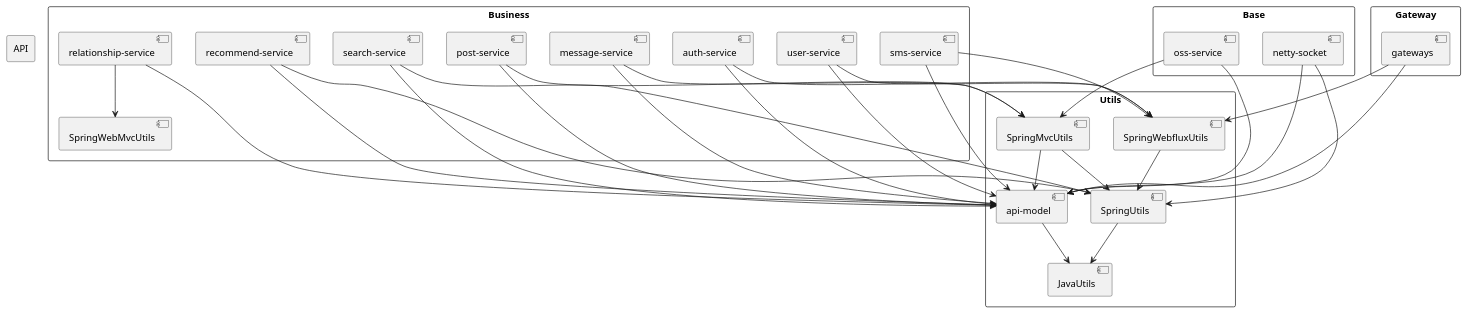
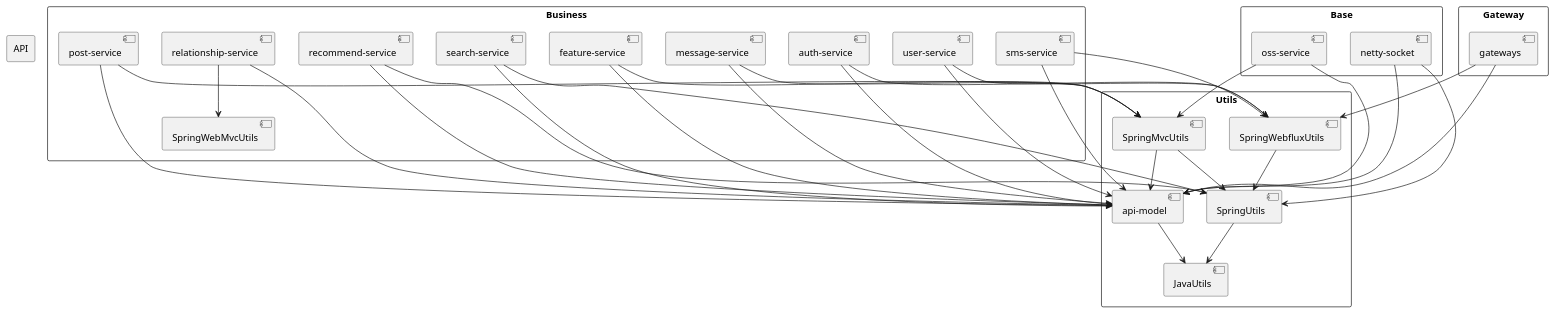
The diagram in spring-server/docs/maven依赖树.puml (nangong918/SmartMedicine-App), drawn with PlantUML before and after one commit. The commit also changed 11 other files, not shown here.

```diff
--- a/spring-server/docs/maven依赖树.puml
+++ b/spring-server/docs/maven依赖树.puml
@@ -1,75 +1,79 @@
 @startuml
 skinparam packageStyle rectangle
 
 package "Utils" {
     [JavaUtils]
     [SpringUtils]
     [SpringMvcUtils]
     [SpringWebfluxUtils]
 
     [SpringUtils] --> [JavaUtils]
     [SpringMvcUtils] --> [SpringUtils]
     [SpringWebfluxUtils] --> [SpringUtils]
     [SpringMvcUtils] --> [api-model]
 }
 
 package "API" {
     [api-model]
     [api-model] --> [JavaUtils]
 }
 
 package "Gateway" {
     [gateways]
     [gateways] --> [SpringWebfluxUtils]
     [gateways] --> [api-model]
 }
 
 package "Base" {
     [netty-socket]
 
     [oss-service]
 
     [netty-socket] --> [SpringUtils]
     [netty-socket] --> [api-model]
 
     [oss-service] --> [SpringMvcUtils]
     [oss-service] --> [api-model]
 }
 
 package "Business" {
     [auth-service]
     [user-service]
     [sms-service]
     [message-service]
     [relationship-service]
     [post-service]
     [search-service]
+    [feature-service]
 
     [recommend-service]
 
     [search-service] --> [SpringUtils]
     [search-service] --> [api-model]
 
     [auth-service] --> [SpringWebfluxUtils]
     [auth-service] --> [api-model]
 
     [user-service] --> [SpringWebfluxUtils]
     [user-service] --> [api-model]
 
     [sms-service] --> [SpringWebfluxUtils]
     [sms-service] --> [api-model]
 
     [message-service] --> [SpringMvcUtils]
     [message-service] --> [api-model]
 
     [relationship-service] --> [SpringWebMvcUtils]
     [relationship-service] --> [api-model]
 
     [post-service] --> [SpringMvcUtils]
     [post-service] --> [api-model]
 
     [recommend-service] --> [SpringUtils]
     [recommend-service] --> [api-model]
+
+    [feature-service] --> [SpringMvcUtils]
+    [feature-service] --> [api-model]
 }
 
 @enduml
```
